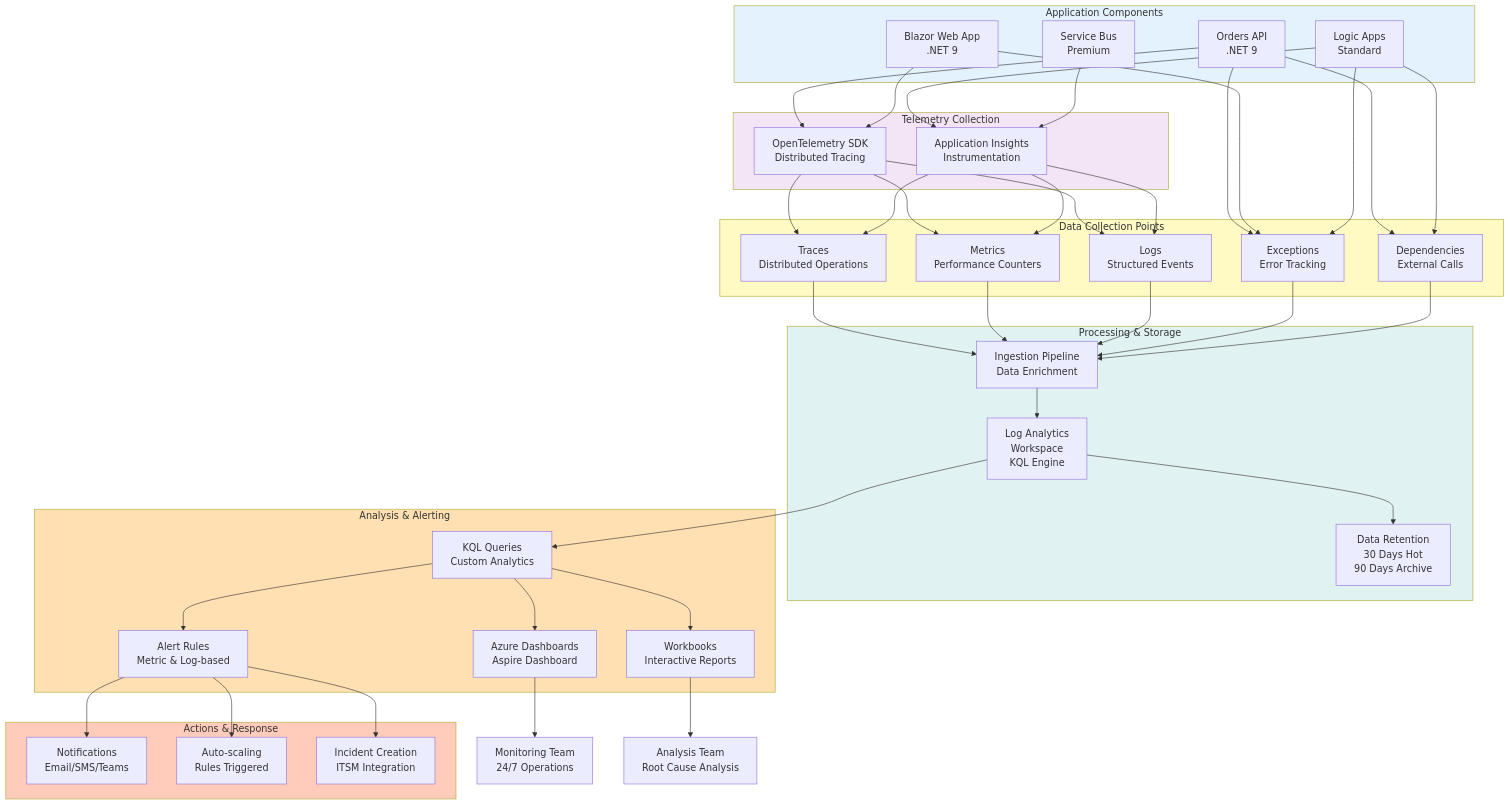
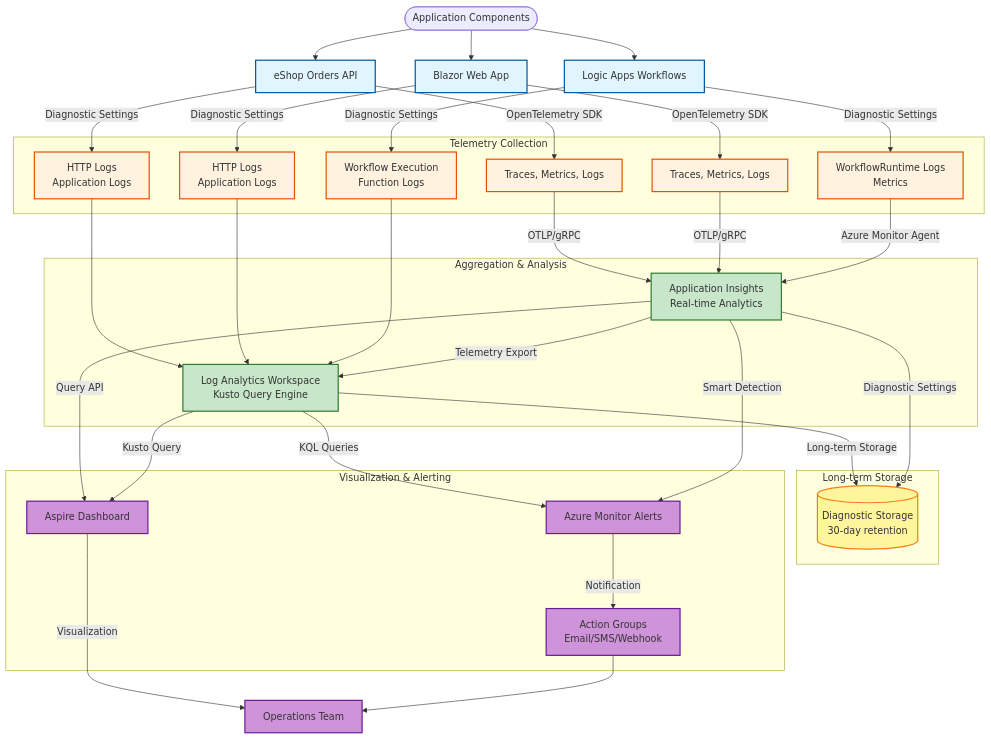
Before and after one commit to Evilazaro/Azure-LogicApps-Monitoring: the third of 3 diagrams in README.md, drawn with Mermaid. The commit also changed other lines of this file, not shown here.

Commit message:
Implement feature X to enhance user experience and optimize performance

````diff
--- a/README.md
+++ b/README.md
@@ -435,88 +308,76 @@
 ```mermaid
 flowchart TD
-    subgraph Apps["Application Components"]
-        API[Orders API<br/>.NET 9]
-        WEB[Blazor Web App<br/>.NET 9]
-        LA[Logic Apps<br/>Standard]
-        SB[Service Bus<br/>Premium]
-    end
+    Start([Application Components])
     
-    subgraph Telemetry["Telemetry Collection"]
-        OTEL[OpenTelemetry SDK<br/>Distributed Tracing]
-        APPINSIGHTS[Application Insights<br/>Instrumentation]
-    end
+    Start --> API[eShop Orders API]
+    Start --> WebApp[Blazor Web App]
+    Start --> LA[Logic Apps Workflows]
+
+    API --> |OpenTelemetry SDK| OTelAPI[Traces, Metrics, Logs]
+    WebApp --> |OpenTelemetry SDK| OTelWeb[Traces, Metrics, Logs]
+    LA --> |Diagnostic Settings| LADiag[WorkflowRuntime Logs<br/>Metrics]
+
+    OTelAPI --> |OTLP/gRPC| AppInsights
+    OTelWeb --> |OTLP/gRPC| AppInsights
+    LADiag --> |Azure Monitor Agent| AppInsights
+
+    API --> |Diagnostic Settings| APILogs[HTTP Logs<br/>Application Logs]
+    WebApp --> |Diagnostic Settings| WebLogs[HTTP Logs<br/>Application Logs]
+    LA --> |Diagnostic Settings| LALogs[Workflow Execution<br/>Function Logs]
+
+    APILogs --> LogAnalytics
+    WebLogs --> LogAnalytics
+    LALogs --> LogAnalytics
+
+    AppInsights --> |Telemetry Export| LogAnalytics
     
-    subgraph Collection["Data Collection Points"]
-        TRACES[Traces<br/>Distributed Operations]
-        METRICS[Metrics<br/>Performance Counters]
-        LOGS[Logs<br/>Structured Events]
-        EXCEPTIONS[Exceptions<br/>Error Tracking]
-        DEPENDENCIES[Dependencies<br/>External Calls]
-    end
+    LogAnalytics --> |Long-term Storage| DiagStorage[(Diagnostic Storage<br/>30-day retention)]
+    AppInsights --> |Diagnostic Settings| DiagStorage
+
+    AppInsights --> |Query API| Dashboard[Aspire Dashboard]
+    LogAnalytics --> |Kusto Query| Dashboard
+
+    Dashboard --> |Visualization| User[Operations Team]
     
-    subgraph Processing["Processing & Storage"]
-        INGEST[Ingestion Pipeline<br/>Data Enrichment]
-        LAW[Log Analytics<br/>Workspace<br/>KQL Engine]
-        RETENTION[Data Retention<br/>30 Days Hot<br/>90 Days Archive]
-    end
+    LogAnalytics --> |KQL Queries| Alerts[Azure Monitor Alerts]
+    AppInsights --> |Smart Detection| Alerts
     
-    subgraph Analysis["Analysis & Alerting"]
-        KQL[KQL Queries<br/>Custom Analytics]
-        ALERTS[Alert Rules<br/>Metric & Log-based]
-        DASHBOARD[Azure Dashboards<br/>Aspire Dashboard]
-        WORKBOOKS[Workbooks<br/>Interactive Reports]
-    end
-    
-    subgraph Actions["Actions & Response"]
-        NOTIFY[Notifications<br/>Email/SMS/Teams]
-        AUTOSCALE[Auto-scaling<br/>Rules Triggered]
-        INCIDENT[Incident Creation<br/>ITSM Integration]
+    Alerts --> |Notification| ActionGroup[Action Groups<br/>Email/SMS/Webhook]
+    ActionGroup --> User
+
+    subgraph TelemetryCollection["Telemetry Collection"]
+        OTelAPI
+        OTelWeb
+        LADiag
+        APILogs
+        WebLogs
+        LALogs
     end
 
-    API --> OTEL
-    WEB --> OTEL
-    LA --> APPINSIGHTS
-    SB --> APPINSIGHTS
-    
-    OTEL --> TRACES
-    OTEL --> METRICS
-    OTEL --> LOGS
-    APPINSIGHTS --> TRACES
-    APPINSIGHTS --> METRICS
-    APPINSIGHTS --> LOGS
-    
-    API --> EXCEPTIONS
-    WEB --> EXCEPTIONS
-    LA --> EXCEPTIONS
-    
-    API --> DEPENDENCIES
-    LA --> DEPENDENCIES
-    
-    TRACES --> INGEST
-    METRICS --> INGEST
-    LOGS --> INGEST
-    EXCEPTIONS --> INGEST
-    DEPENDENCIES --> INGEST
-    
-    INGEST --> LAW
-    LAW --> RETENTION
-    
-    LAW --> KQL
-    KQL --> ALERTS
-    KQL --> DASHBOARD
-    KQL --> WORKBOOKS
-    
-    ALERTS --> NOTIFY
-    ALERTS --> AUTOSCALE
-    ALERTS --> INCIDENT
-    
-    DASHBOARD --> MONITOR[Monitoring Team<br/>24/7 Operations]
-    WORKBOOKS --> ANALYZE[Analysis Team<br/>Root Cause Analysis]
+    subgraph Aggregation["Aggregation & Analysis"]
+        AppInsights[Application Insights<br/>Real-time Analytics]
+        LogAnalytics[Log Analytics Workspace<br/>Kusto Query Engine]
+    end
 
-    style Apps fill:#e3f2fd
-    style Telemetry fill:#f3e5f5
-    style Collection fill:#fff9c4
-    style Processing fill:#e0f2f1
-    style Analysis fill:#ffe0b2
-    style Actions fill:#ffccbc
+    subgraph Storage["Long-term Storage"]
+        DiagStorage
+    end
+
+    subgraph Visualization["Visualization & Alerting"]
+        Dashboard
+        Alerts
+        ActionGroup
+    end
+
+    classDef sourceClass fill:#e1f5fe,stroke:#01579b,stroke-width:2px
+    classDef telemetryClass fill:#fff3e0,stroke:#e65100,stroke-width:2px
+    classDef aggregationClass fill:#c8e6c9,stroke:#2e7d32,stroke-width:2px
+    classDef storageClass fill:#fff59d,stroke:#f57f17,stroke-width:2px
+    classDef visualClass fill:#ce93d8,stroke:#6a1b9a,stroke-width:2px
+
+    class API,WebApp,LA sourceClass
+    class OTelAPI,OTelWeb,LADiag,APILogs,WebLogs,LALogs telemetryClass
+    class AppInsights,LogAnalytics aggregationClass
+    class DiagStorage storageClass
+    class Dashboard,Alerts,ActionGroup,User visualClass
 ```
````
